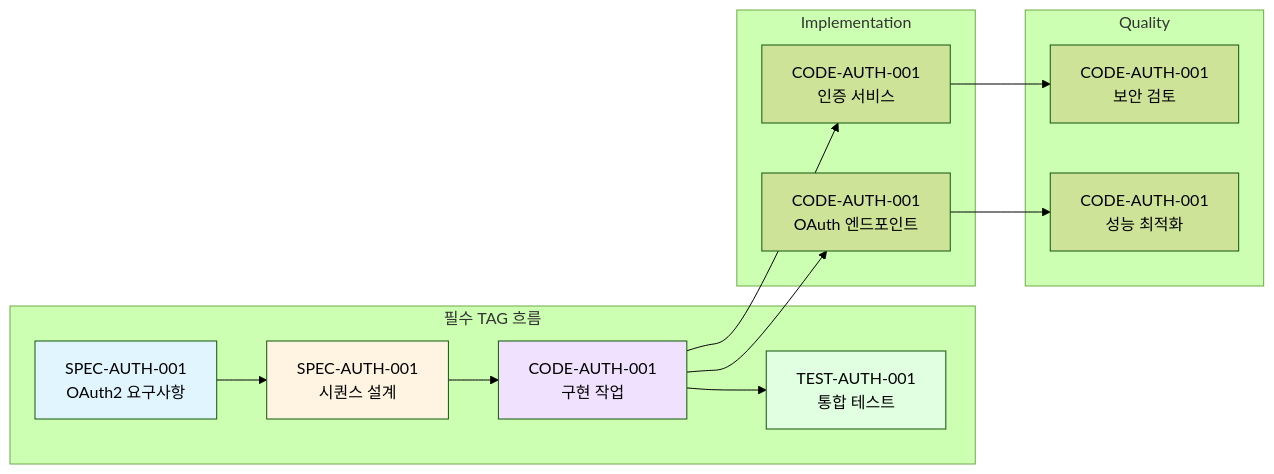
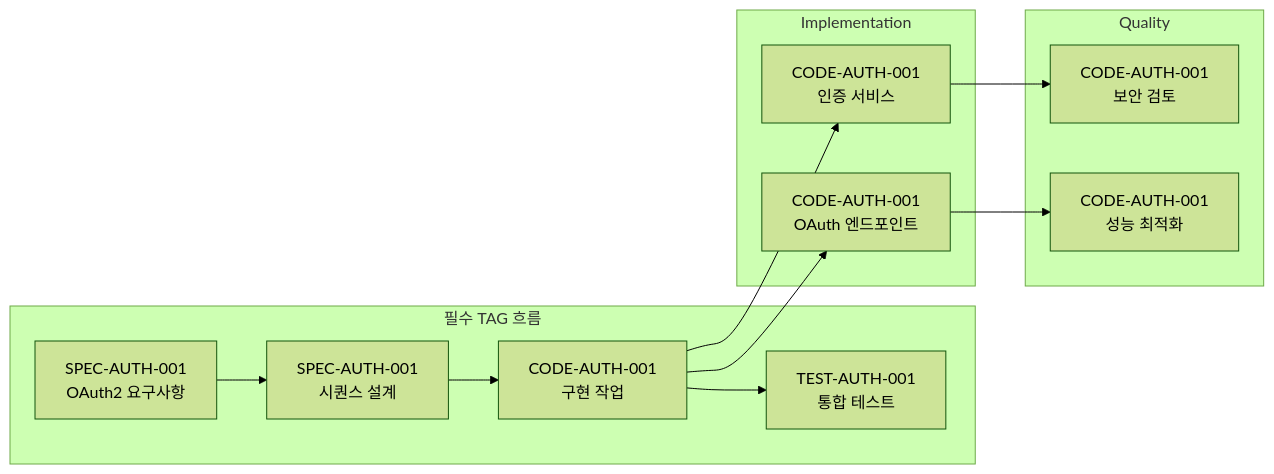
One commit to modu-ai/moai-adk changed the fourth of 6 diagrams in docs/reference/api-reference.md. Above: the diagram before and after it, drawn with Mermaid (forest theme). The commit also changed other lines of this file and 299 other files, not shown here.

First line of the commit message:
🎨 feat: Mermaid 다크/라이트 테마 대응 + trust-checker 통합

````diff
--- a/docs/reference/api-reference.md
+++ b/docs/reference/api-reference.md
@@ -934,34 +926,30 @@
 ```mermaid
 graph LR
     subgraph "필수 TAG 흐름"
         REQ[SPEC-AUTH-001<br/>OAuth2 요구사항]
         DESIGN[SPEC-AUTH-001<br/>시퀀스 설계]
         TASK[CODE-AUTH-001<br/>구현 작업]
         TEST[TEST-AUTH-001<br/>통합 테스트]
 
         REQ --> DESIGN
         DESIGN --> TASK
         TASK --> TEST
     end
 
     subgraph "Implementation"
         FEATURE[CODE-AUTH-001<br/>인증 서비스]
         API[CODE-AUTH-001<br/>OAuth 엔드포인트]
 
         TASK --> FEATURE
         TASK --> API
     end
 
     subgraph "Quality"
         SEC[CODE-AUTH-001<br/>보안 검토]
         PERF[CODE-AUTH-001<br/>성능 최적화]
 
         FEATURE --> SEC
         API --> PERF
     end
 
-    style REQ fill:#e1f5ff
-    style DESIGN fill:#fff4e1
-    style TASK fill:#f0e1ff
-    style TEST fill:#e1ffe1
 ```
````
